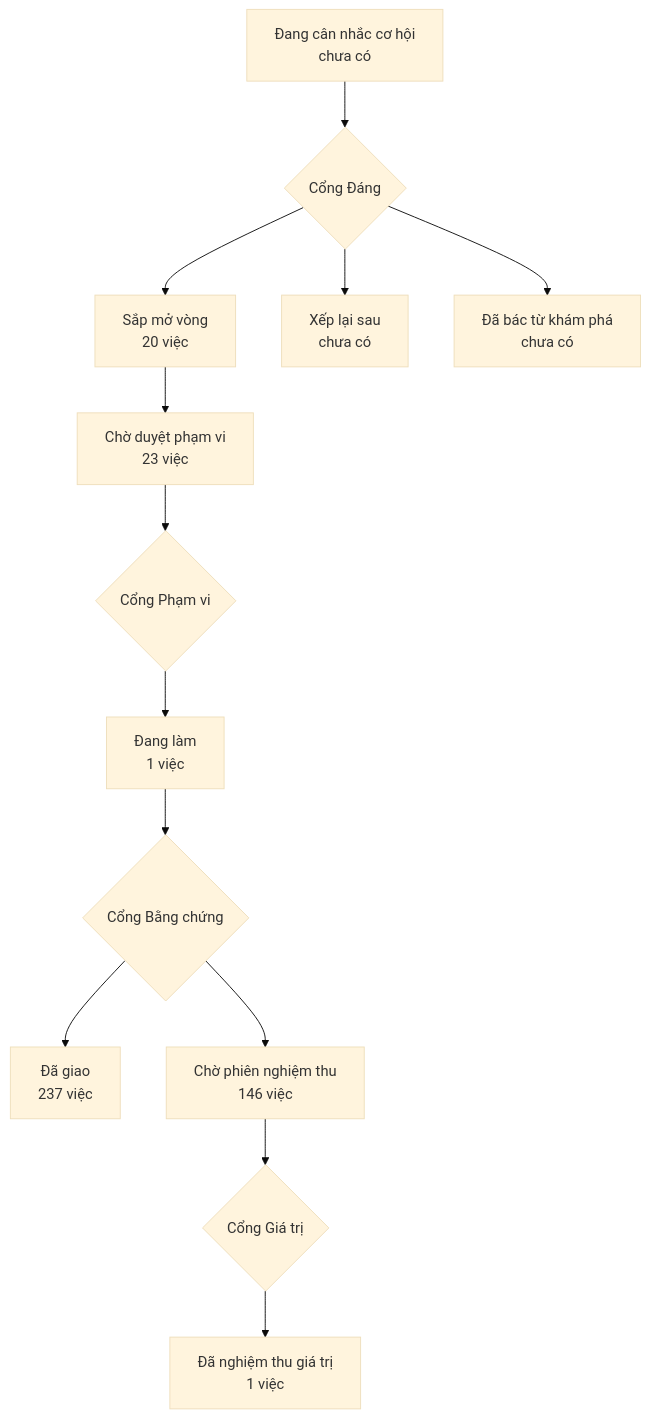
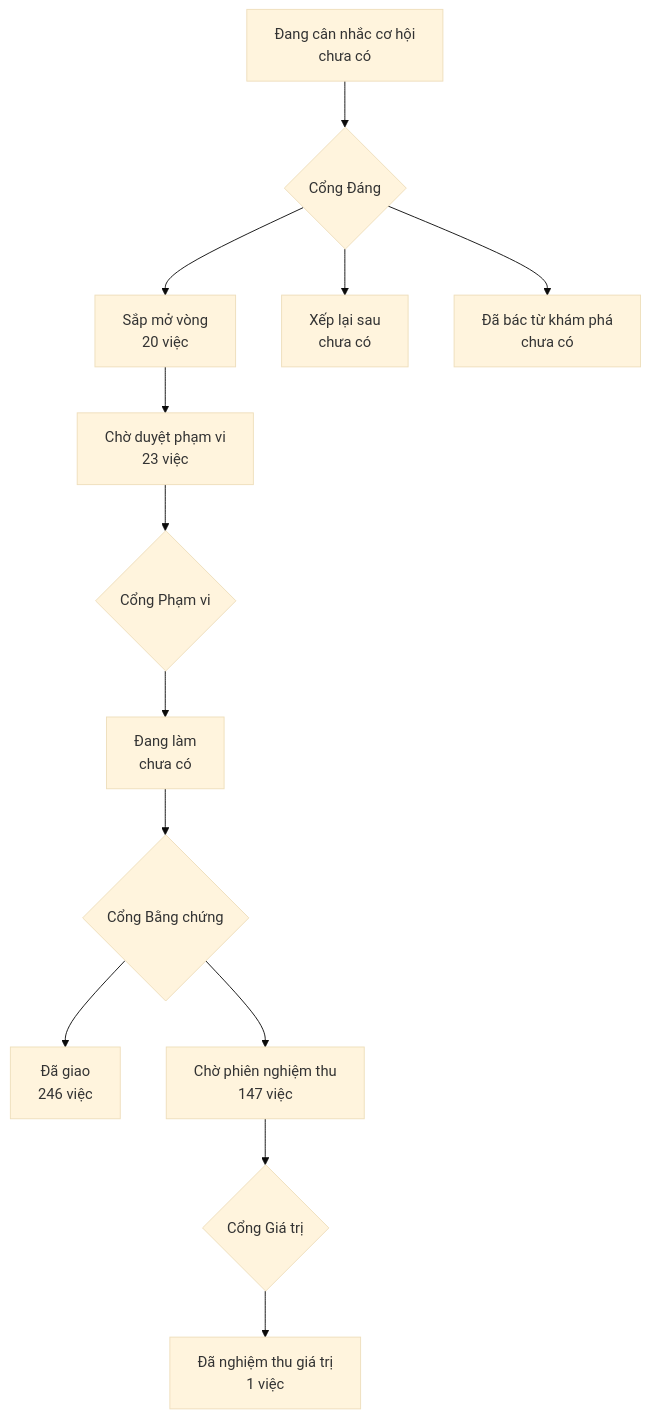
The diagram in PRODUCT-MAP.md (phanlemanh/onehub-invest), drawn with Mermaid (base theme) before and after one commit. The commit also changed other lines of this file and 4 other files, not shown here.

````diff
--- a/PRODUCT-MAP.md
+++ b/PRODUCT-MAP.md
@@ -7,12 +7,12 @@
 ```mermaid
 flowchart TD
   A["Đang cân nhắc cơ hội<br/>chưa có"] --> GD{"Cổng Đáng"}
   GD --> B["Sắp mở vòng<br/>20 việc"]
   GD --> XL["Xếp lại sau<br/>chưa có"]
   GD --> DB["Đã bác từ khám phá<br/>chưa có"]
   B --> CD["Chờ duyệt phạm vi<br/>23 việc"] --> GP{"Cổng Phạm vi"}
-  GP --> DL["Đang làm<br/>1 việc"] --> GB{"Cổng Bằng chứng"}
-  GB --> DG["Đã giao<br/>237 việc"]
-  GB --> CN["Chờ phiên nghiệm thu<br/>146 việc"] --> GG{"Cổng Giá trị"}
+  GP --> DL["Đang làm<br/>chưa có"] --> GB{"Cổng Bằng chứng"}
+  GB --> DG["Đã giao<br/>246 việc"]
+  GB --> CN["Chờ phiên nghiệm thu<br/>147 việc"] --> GG{"Cổng Giá trị"}
   GG --> NT["Đã nghiệm thu giá trị<br/>1 việc"]
 ```
````
